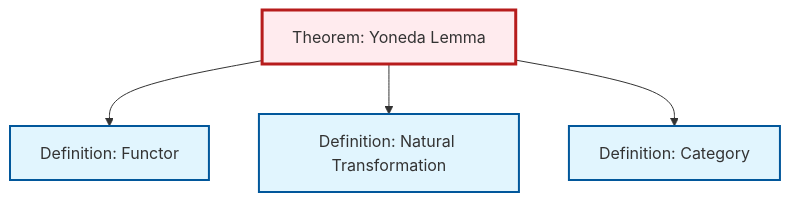
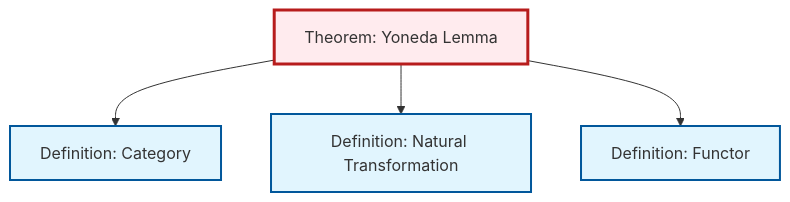
The diagram in content/en/category-theory/thm-yoneda.qmd (RK0429/ModernMath), drawn with Mermaid before and after one commit. The commit also changed other lines of this file and 654 other files, not shown here.

````diff
--- a/content/en/category-theory/thm-yoneda.qmd
+++ b/content/en/category-theory/thm-yoneda.qmd
@@ -88,20 +88,20 @@
 ```{mermaid}
 %%| fig-cap: "Local dependency graph"
 graph TD
     classDef definition fill:#e1f5fe,stroke:#01579b,stroke-width:2px
     classDef theorem fill:#f3e5f5,stroke:#4a148c,stroke-width:2px
     classDef axiom fill:#fff3e0,stroke:#e65100,stroke-width:2px
     classDef example fill:#e8f5e9,stroke:#1b5e20,stroke-width:2px
     classDef current fill:#ffebee,stroke:#b71c1c,stroke-width:3px
+    thm-yoneda["Theorem: Yoneda Lemma"]:::theorem
     def-category["Definition: Category"]:::definition
     def-natural-transformation["Definition: Natural Transformation"]:::definition
     def-functor["Definition: Functor"]:::definition
-    thm-yoneda["Theorem: Yoneda Lemma"]:::theorem
+    thm-yoneda --> def-category
+    thm-yoneda --> def-natural-transformation
     thm-yoneda --> def-functor
-    thm-yoneda --> def-natural-transformation
-    thm-yoneda --> def-category
     class thm-yoneda current
     click def-category "def-category.html" "Go to Category definition"
     click def-natural-transformation "def-natural-transformation.html" "Go to Natural Transformation definition"
     click def-functor "def-functor.html" "Go to Functor definition"
 ```
````
